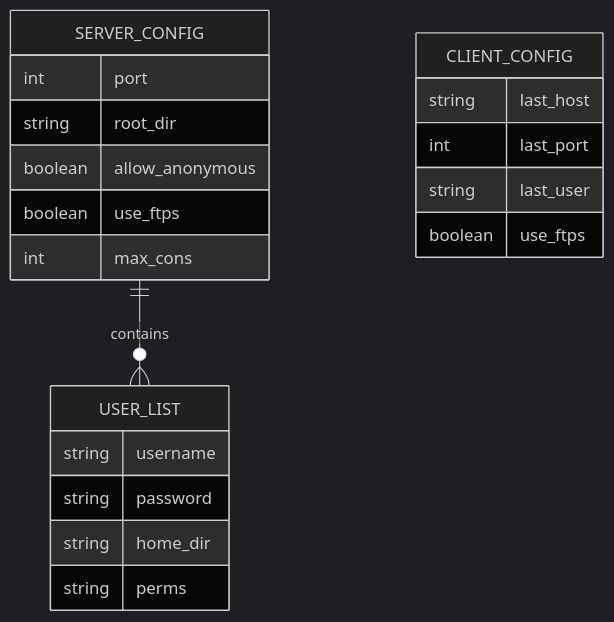
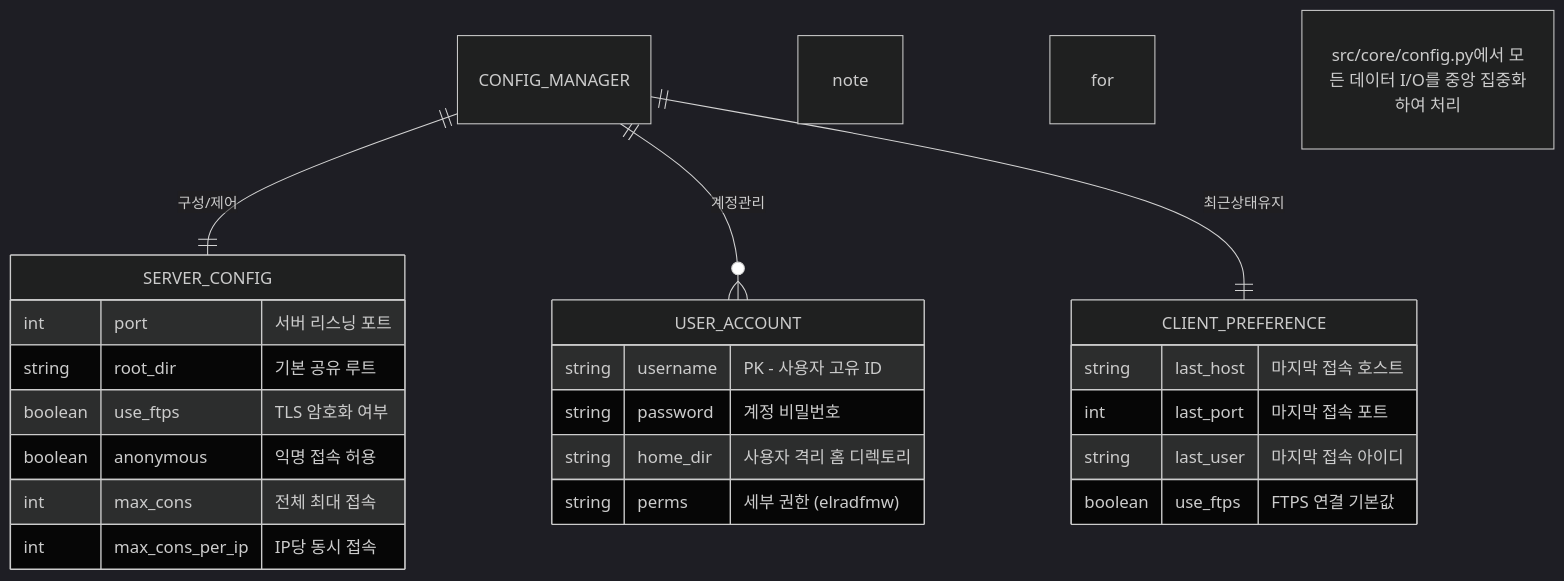
Before and after one commit to hslcrb/simftp: the diagram in README.md, drawn with Mermaid (dark theme). The commit also changed other lines of this file and 17 other files, not shown here.

````diff
--- a/README.md
+++ b/README.md
@@ -21,23 +20,31 @@
 ```mermaid
 erDiagram
-    SERVER_CONFIG ||--o{ USER_LIST : "contains"
+    CONFIG_MANAGER ||--|| SERVER_CONFIG : "구성/제어"
+    CONFIG_MANAGER ||--o{ USER_ACCOUNT : "계정관리"
+    CONFIG_MANAGER ||--|| CLIENT_PREFERENCE : "최근상태유지"
+
     SERVER_CONFIG {
-        int port
-        string root_dir
-        boolean allow_anonymous
-        boolean use_ftps
-        int max_cons
+        int port "서버 리스닝 포트"
+        string root_dir "기본 공유 루트"
+        boolean use_ftps "TLS 암호화 여부"
+        boolean anonymous "익명 접속 허용"
+        int max_cons "전체 최대 접속"
+        int max_cons_per_ip "IP당 동시 접속"
     }
-    USER_LIST {
-        string username
-        string password
-        string home_dir
-        string perms
+
+    USER_ACCOUNT {
+        string username "PK - 사용자 고유 ID"
+        string password "계정 비밀번호"
+        string home_dir "사용자 격리 홈 디렉토리"
+        string perms "세부 권한 (elradfmw)"
     }
-    CLIENT_CONFIG {
-        string last_host
-        int last_port
-        string last_user
-        boolean use_ftps
+
+    CLIENT_PREFERENCE {
+        string last_host "마지막 접속 호스트"
+        int last_port "마지막 접속 포트"
+        string last_user "마지막 접속 아이디"
+        boolean use_ftps "FTPS 연결 기본값"
     }
+
+    note for CONFIG_MANAGER "src/core/config.py에서 모든 데이터 I/O를 중앙 집중화하여 처리"
 ```
````
